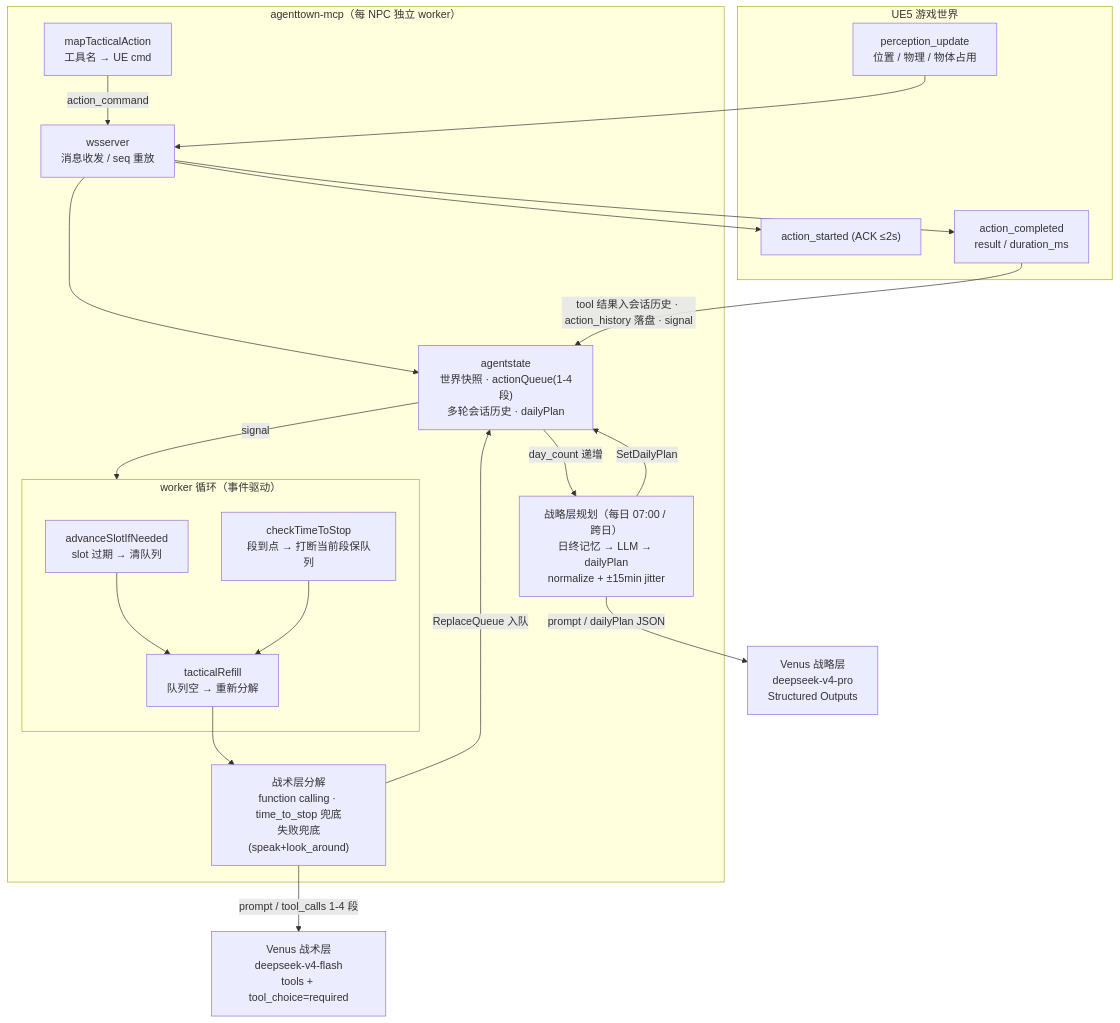
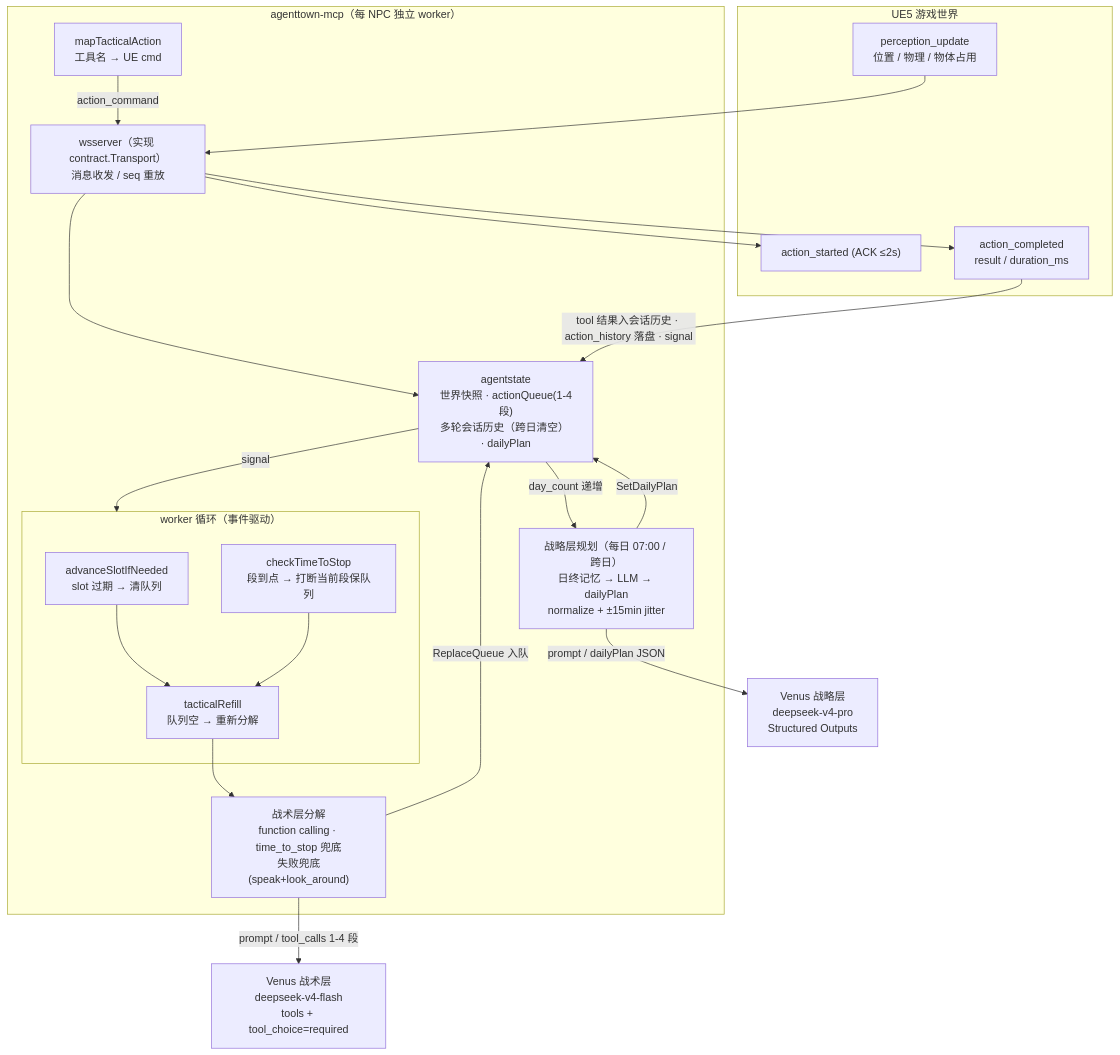
One commit to yitian-chen/SmartNPC changed the diagram in README.md. Above: the diagram before and after it, drawn with Mermaid. The commit also changed other lines of this file, not shown here.

````diff
--- a/README.md
+++ b/README.md
@@ -37,48 +51,48 @@
 ```mermaid
 flowchart TB
     subgraph UE5["UE5 游戏世界"]
         P["perception_update<br/>位置 / 物理 / 物体占用"]
         ACK["action_started (ACK ≤2s)"]
         DONE["action_completed<br/>result / duration_ms"]
     end
 
     subgraph MCP["agenttown-mcp（每 NPC 独立 worker）"]
-        WS["wsserver<br/>消息收发 / seq 重放"]
-        AS["agentstate<br/>世界快照 · actionQueue(1-4段)<br/>多轮会话历史 · dailyPlan"]
+        WS["wsserver（实现 contract.Transport）<br/>消息收发 / seq 重放"]
+        AS["agentstate<br/>世界快照 · actionQueue(1-4段)<br/>多轮会话历史（跨日清空） · dailyPlan"]
 
         subgraph W["worker 循环（事件驱动）"]
             ADV["advanceSlotIfNeeded<br/>slot 过期 → 清队列"]
             CHK["checkTimeToStop<br/>段到点 → 打断当前段保队列"]
             REF["tacticalRefill<br/>队列空 → 重新分解"]
         end
 
         TAC["战术层分解<br/>function calling · time_to_stop 兜底<br/>失败兜底(speak+look_around)"]
         STR["战略层规划（每日 07:00 / 跨日）<br/>日终记忆 → LLM → dailyPlan<br/>normalize + ±15min jitter"]
         MAP["mapTacticalAction<br/>工具名 → UE cmd"]
     end
 
     VT["Venus 战术层<br/>deepseek-v4-flash<br/>tools + tool_choice=required"]
     VS["Venus 战略层<br/>deepseek-v4-pro<br/>Structured Outputs"]
 
     %% 感知流
     P --> WS --> AS
     AS -->|"signal"| W
 
     %% 战术决策流
     ADV --> REF
     CHK --> REF
     REF --> TAC
     TAC -->|"prompt / tool_calls 1-4 段"| VT
     TAC -->|"ReplaceQueue 入队"| AS
 
     %% 战略决策流
     AS -->|"day_count 递增"| STR
     STR -->|"prompt / dailyPlan JSON"| VS
     STR -->|"SetDailyPlan"| AS
 
     %% 执行流
     MAP -->|"action_command"| WS
     WS --> ACK
     WS --> DONE
     DONE -->|"tool 结果入会话历史 · action_history 落盘 · signal"| AS
 ```
````
